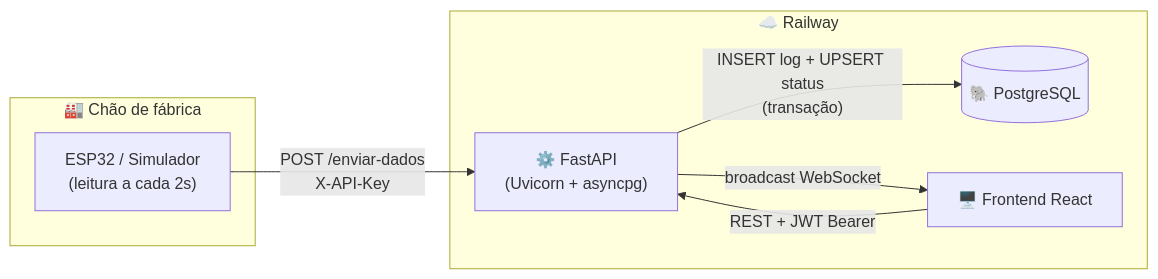
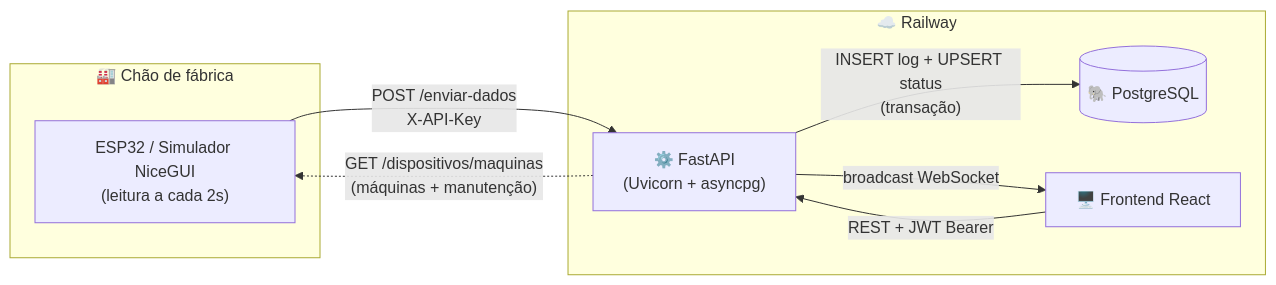
Before and after one commit to Pedro-Cavenaghi/Simple-IHM-Backend: the first of 2 diagrams in README.md, drawn with Mermaid. The commit also changed other lines of this file and 24 other files, not shown here.

Commit message:
novo simulador esp32 utilizando niceGUI com front estilizado

````diff
--- a/README.md
+++ b/README.md
@@ -65,17 +66,18 @@
 ```mermaid
 flowchart LR
     subgraph Fabrica["🏭 Chão de fábrica"]
-        ESP["ESP32 / Simulador<br/>(leitura a cada 2s)"]
+        ESP["ESP32 / Simulador NiceGUI<br/>(leitura a cada 2s)"]
     end
 
     subgraph Railway["☁️ Railway"]
         API["⚙️ FastAPI<br/>(Uvicorn + asyncpg)"]
         DB[("🐘 PostgreSQL")]
         FE["🖥️ Frontend React"]
     end
 
     ESP -- "POST /enviar-dados<br/>X-API-Key" --> API
+    API -. "GET /dispositivos/maquinas<br/>(máquinas + manutenção)" .-> ESP
     API -- "INSERT log + UPSERT status<br/>(transação)" --> DB
     API -- "broadcast WebSocket" --> FE
     FE -- "REST + JWT Bearer" --> API
 ```
````
